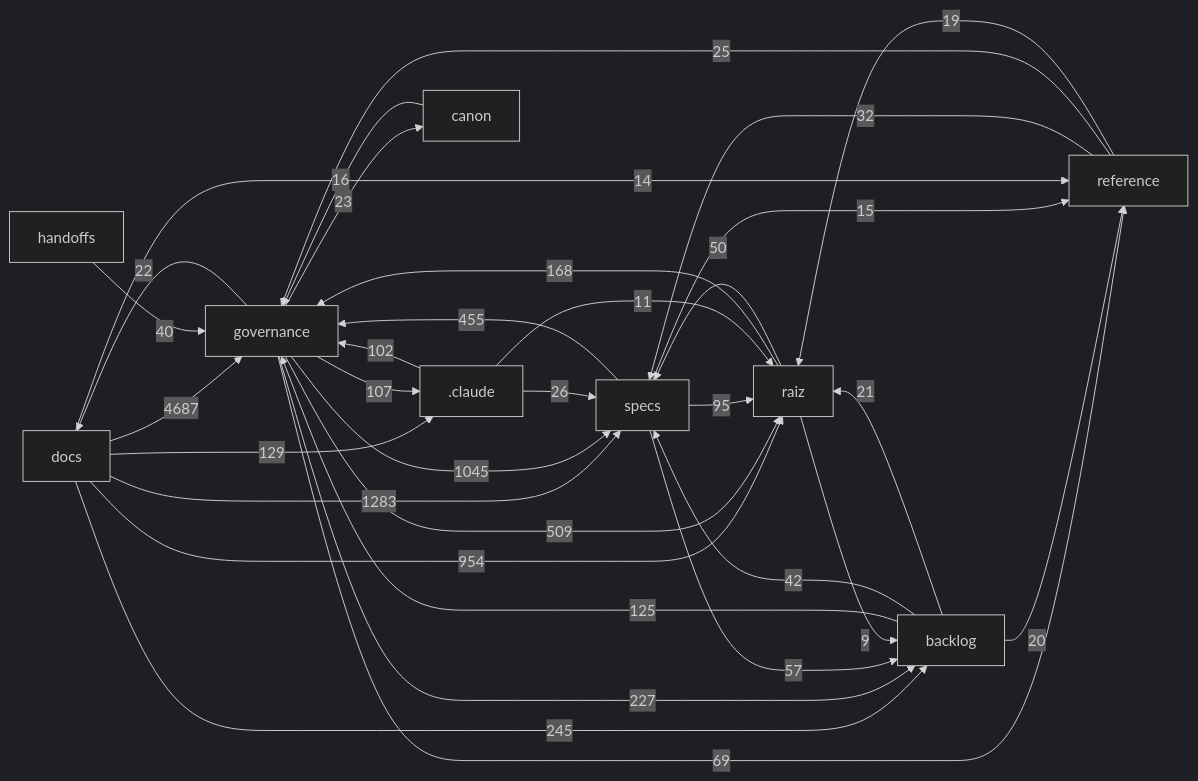
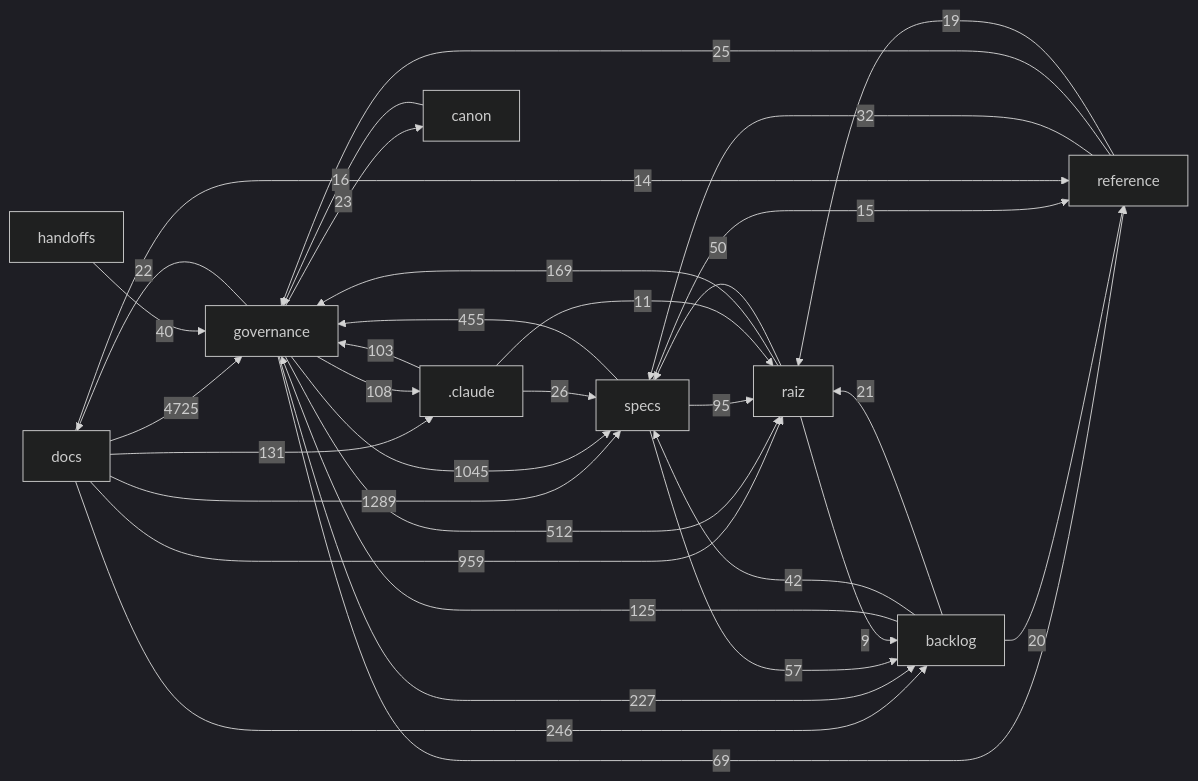
One commit to Andraus35/Sistema-Operacional-de-Trading--SOT changed the diagram in docs/mapa/MAPA-PROJETO.md. Above: the diagram before and after it, drawn with Mermaid (dark theme). The commit also changed other lines of this file and 8 other files, not shown here.

````diff
--- a/docs/mapa/MAPA-PROJETO.md
+++ b/docs/mapa/MAPA-PROJETO.md
@@ -30,35 +30,35 @@
 ```mermaid
 flowchart LR
-  docs["docs"] -->|4687| governance["governance"]
-  docs["docs"] -->|1283| specs["specs"]
+  docs["docs"] -->|4725| governance["governance"]
+  docs["docs"] -->|1289| specs["specs"]
   governance["governance"] -->|1045| specs["specs"]
-  docs["docs"] -->|954| raiz["raiz"]
-  governance["governance"] -->|509| raiz["raiz"]
+  docs["docs"] -->|959| raiz["raiz"]
+  governance["governance"] -->|512| raiz["raiz"]
   specs["specs"] -->|455| governance["governance"]
-  docs["docs"] -->|245| backlog["backlog"]
+  docs["docs"] -->|246| backlog["backlog"]
   governance["governance"] -->|227| backlog["backlog"]
-  raiz["raiz"] -->|168| governance["governance"]
-  docs["docs"] -->|129| _claude[".claude"]
+  raiz["raiz"] -->|169| governance["governance"]
+  docs["docs"] -->|131| _claude[".claude"]
   backlog["backlog"] -->|125| governance["governance"]
-  governance["governance"] -->|107| _claude[".claude"]
-  _claude[".claude"] -->|102| governance["governance"]
+  governance["governance"] -->|108| _claude[".claude"]
+  _claude[".claude"] -->|103| governance["governance"]
   specs["specs"] -->|95| raiz["raiz"]
   governance["governance"] -->|69| reference["reference"]
   specs["specs"] -->|57| backlog["backlog"]
   raiz["raiz"] -->|50| specs["specs"]
   backlog["backlog"] -->|42| specs["specs"]
   handoffs["handoffs"] -->|40| governance["governance"]
   reference["reference"] -->|32| specs["specs"]
   _claude[".claude"] -->|26| specs["specs"]
   reference["reference"] -->|25| governance["governance"]
   governance["governance"] -->|23| canon["canon"]
   governance["governance"] -->|22| docs["docs"]
   backlog["backlog"] -->|21| raiz["raiz"]
   backlog["backlog"] -->|20| reference["reference"]
   reference["reference"] -->|19| raiz["raiz"]
   canon["canon"] -->|16| governance["governance"]
   specs["specs"] -->|15| reference["reference"]
   docs["docs"] -->|14| reference["reference"]
   _claude[".claude"] -->|11| raiz["raiz"]
   raiz["raiz"] -->|9| backlog["backlog"]
 ```
````
